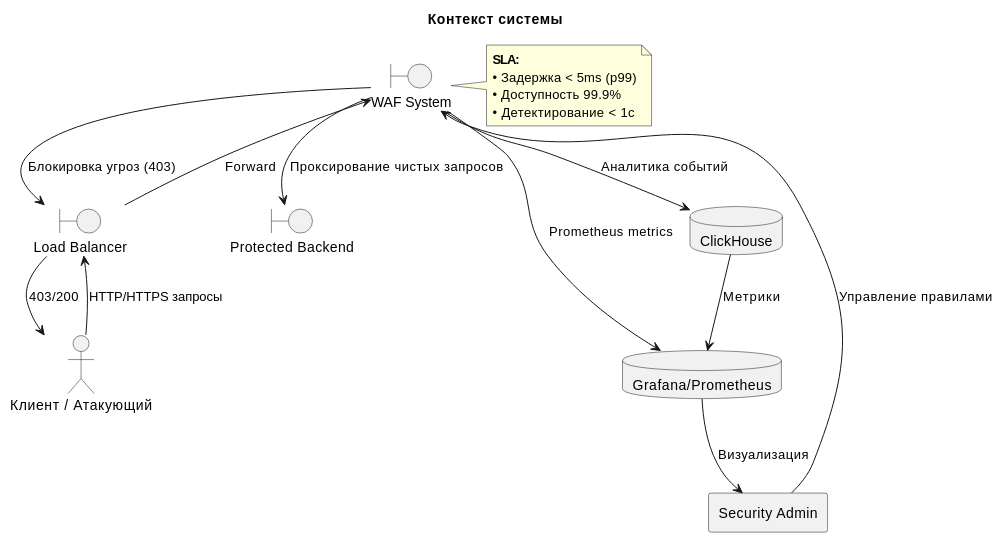
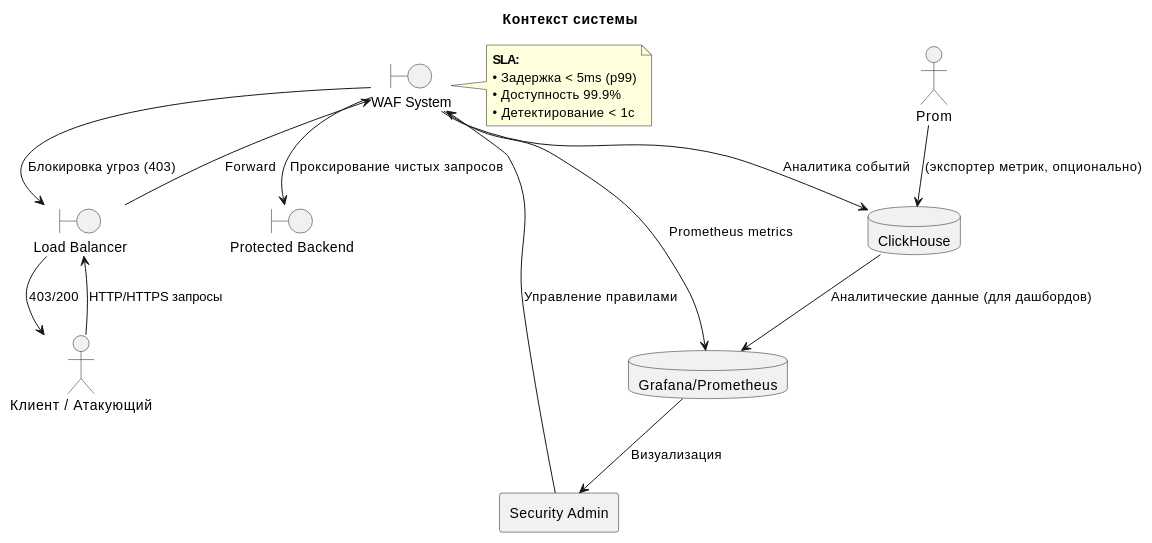
Before and after one commit to Sasakin/WafWall: the first of 8 diagrams in design.md, drawn with PlantUML. The commit also changed other lines of this file and 16 other files, not shown here.

````diff
--- a/design.md
+++ b/design.md
@@ -26,32 +26,33 @@
 ```plantuml
 @startuml Context
 title Контекст системы
 skinparam backgroundColor #FFFFFF
 
 actor "Клиент / Атакующий" as Client
 boundary "Load Balancer" as LB
 boundary "WAF System" as WAF_System
 boundary "Protected Backend" as Backend
 agent "Security Admin" as Admin
 database "Grafana/Prometheus" as Monitor
 database "ClickHouse" as CH
 
 Client --> LB : HTTP/HTTPS запросы
 LB --> WAF_System : Forward
 WAF_System --> Backend : Проксирование чистых запросов
 WAF_System --> LB : Блокировка угроз (403)
 LB --> Client : 403/200
 Admin --> WAF_System : Управление правилами
 WAF_System --> CH : Аналитика событий
-CH --> Monitor : Метрики
+CH --> Monitor : Аналитические данные (для дашбордов)
+Prom --> CH : (экспортер метрик, опционально)
 WAF_System --> Monitor : Prometheus metrics
 Monitor --> Admin : Визуализация
 
 note right of WAF_System
   **SLA:**
   • Задержка < 5ms (p99)
   • Доступность 99.9%
   • Детектирование < 1с
 end note
 @enduml
 ```
````
